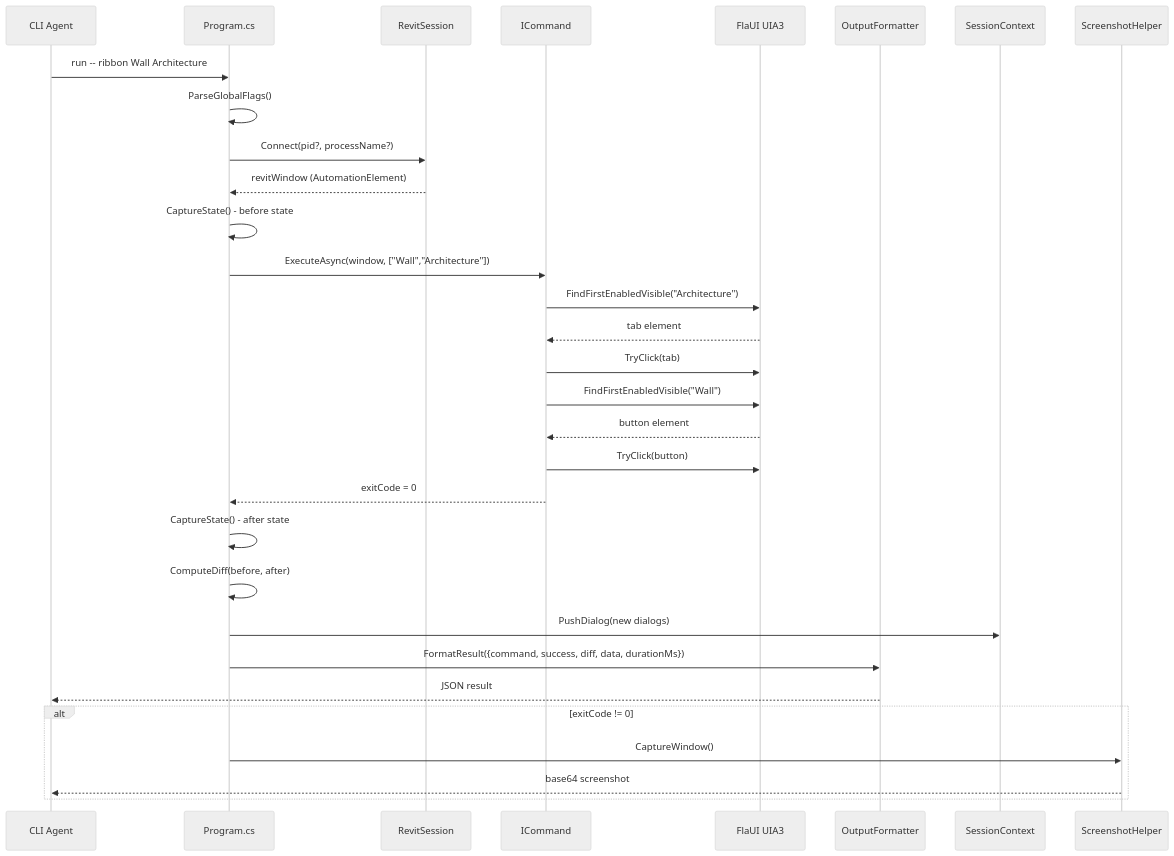
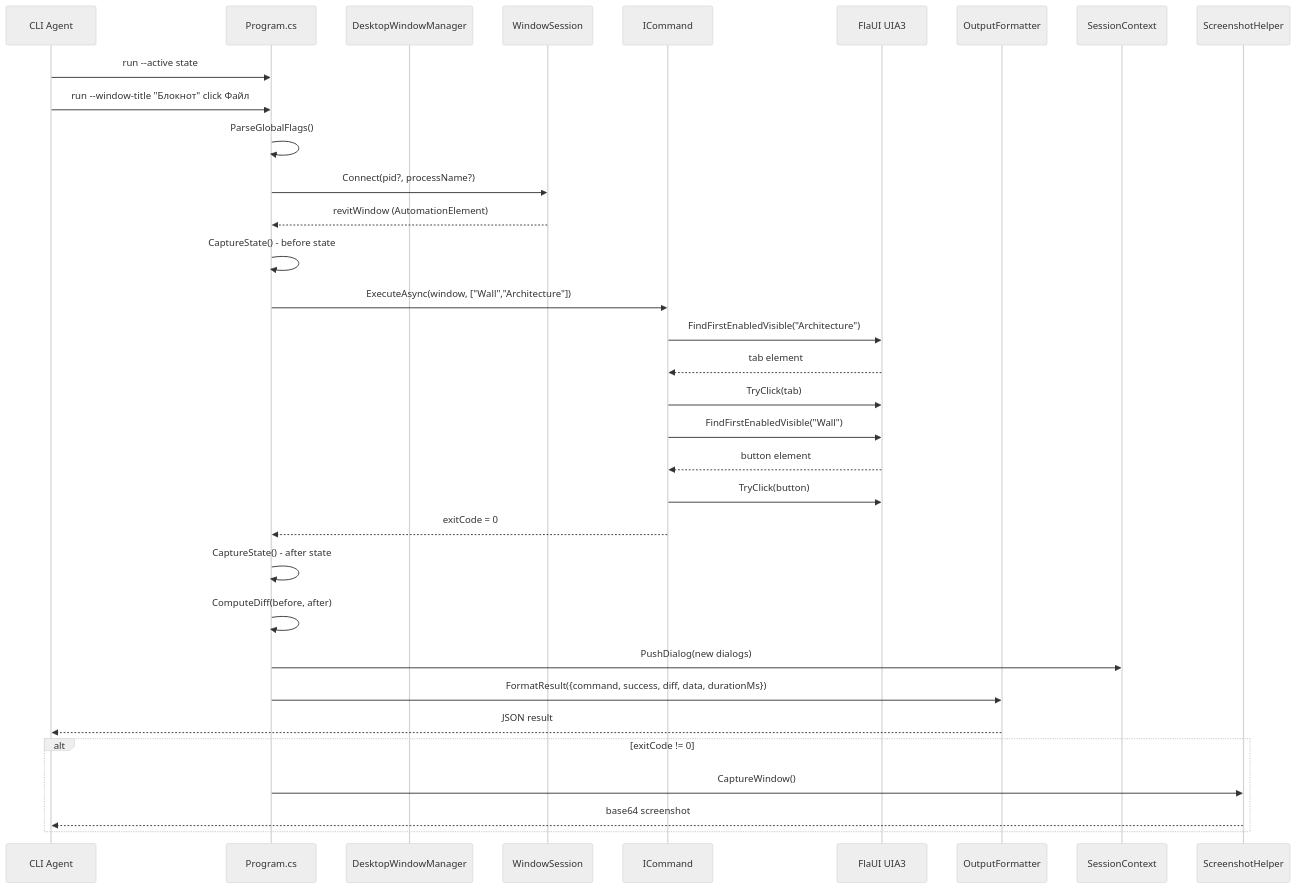
One commit to rubimtech/UiController changed the second of 6 diagrams in README.md. Above: the diagram before and after it, drawn with Mermaid (neutral theme). The commit also changed other lines of this file and 21 other files, not shown here.

Commit message:
Add window management: ActiveWindowTracker, DesktopWindowManager, WindowSession, NativeMethods, new commands

````diff
--- a/README.md
+++ b/README.md
@@ -411,32 +501,34 @@
 ```mermaid
 sequenceDiagram
     participant CLI as CLI Agent
     participant Program as Program.cs
-    participant Session as RevitSession
+    participant WinMgr as DesktopWindowManager
+    participant Session as WindowSession
     participant Cmd as ICommand
     participant FlaUI as FlaUI UIA3
     participant Output as OutputFormatter
 
-    CLI->>Program: run -- ribbon Wall Architecture
+    CLI->>Program: run --active state
+    CLI->>Program: run --window-title "Блокнот" click Файл
     Program->>Program: ParseGlobalFlags()
     Program->>Session: Connect(pid?, processName?)
     Session-->>Program: revitWindow (AutomationElement)
     Program->>Program: CaptureState() - before state
     Program->>Cmd: ExecuteAsync(window, ["Wall","Architecture"])
     Cmd->>FlaUI: FindFirstEnabledVisible("Architecture")
     FlaUI-->>Cmd: tab element
     Cmd->>FlaUI: TryClick(tab)
     Cmd->>FlaUI: FindFirstEnabledVisible("Wall")
     FlaUI-->>Cmd: button element
     Cmd->>FlaUI: TryClick(button)
     Cmd-->>Program: exitCode = 0
     Program->>Program: CaptureState() - after state
     Program->>Program: ComputeDiff(before, after)
     Program->>SessionContext: PushDialog(new dialogs)
     Program->>Output: FormatResult({command, success, diff, data, durationMs})
     Output-->>CLI: JSON result
     alt exitCode != 0
         Program->>ScreenshotHelper: CaptureWindow()
         ScreenshotHelper-->>CLI: base64 screenshot
     end
 ```
````
